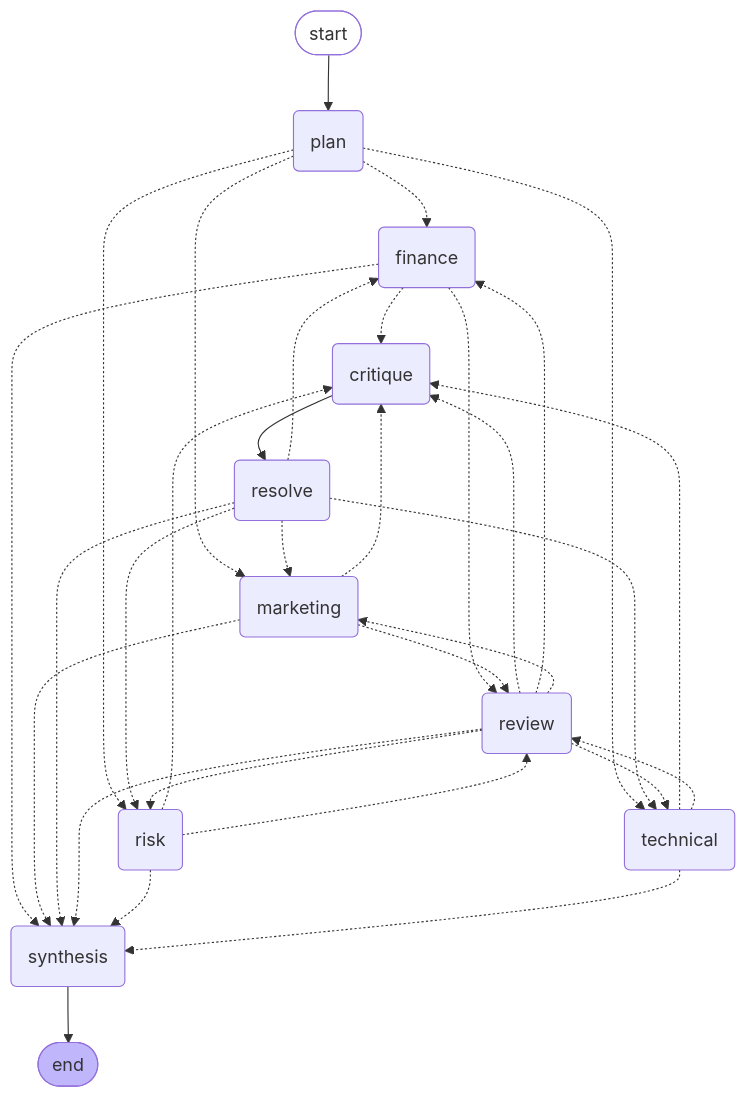
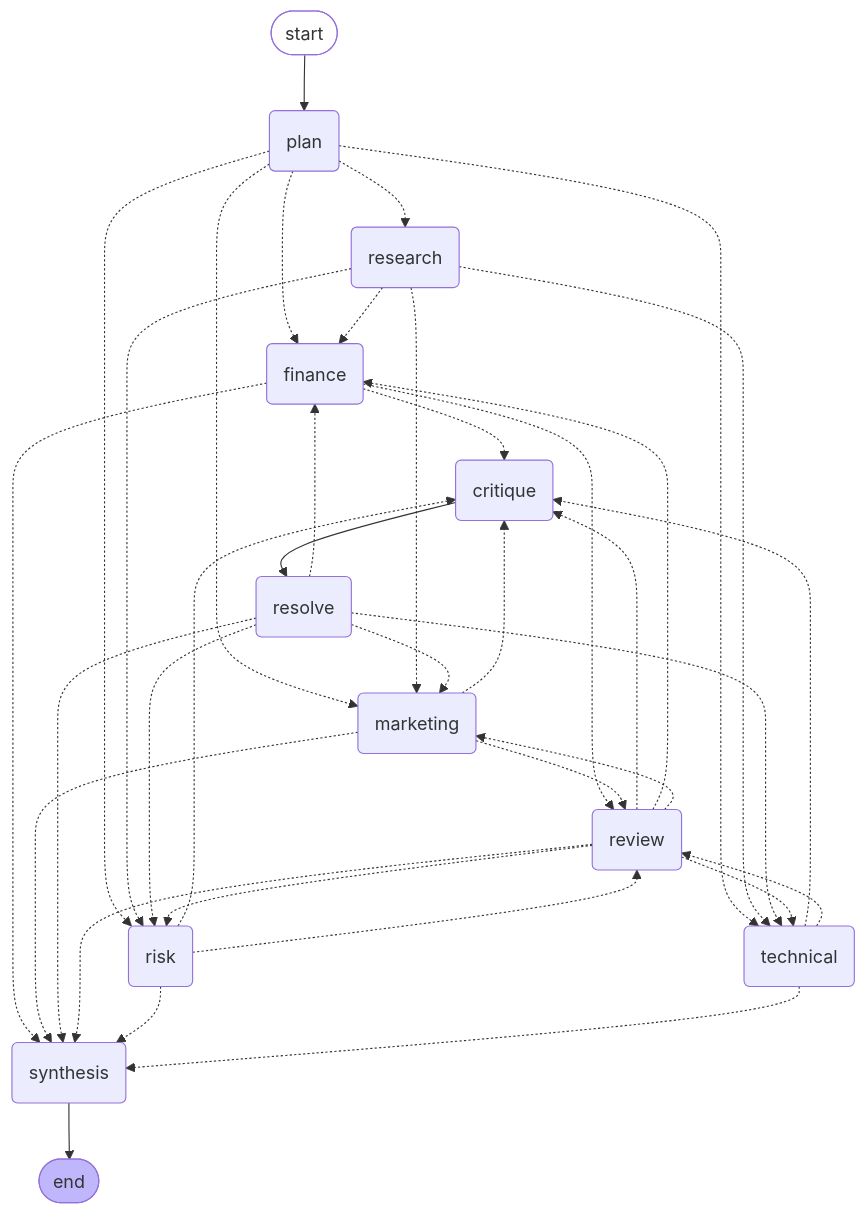
Before and after one commit to lakshmiGanesh009/ai-startup-cofounder: the diagram in docs/architecture.md, drawn with Mermaid. The commit also changed other lines of this file and 3 other files, not shown here.

````diff
--- a/docs/architecture.md
+++ b/docs/architecture.md
@@ -13,46 +13,52 @@
 ```mermaid
 graph TD;
 	__start__([start]):::first
 	plan(plan)
+	research(research)
 	review(review)
 	critique(critique)
 	resolve(resolve)
 	synthesis(synthesis)
 	marketing(marketing)
 	finance(finance)
 	technical(technical)
 	risk(risk)
 	__end__([end]):::last
 	__start__ --> plan;
 	critique --> resolve;
 	finance -.-> critique;
 	finance -.-> review;
 	finance -.-> synthesis;
 	marketing -.-> critique;
 	marketing -.-> review;
 	marketing -.-> synthesis;
 	plan -.-> finance;
 	plan -.-> marketing;
+	plan -.-> research;
 	plan -.-> risk;
 	plan -.-> technical;
+	research -.-> finance;
+	research -.-> marketing;
+	research -.-> risk;
+	research -.-> technical;
 	resolve -.-> finance;
 	resolve -.-> marketing;
 	resolve -.-> risk;
 	resolve -.-> synthesis;
 	resolve -.-> technical;
 	review -.-> critique;
 	review -.-> finance;
 	review -.-> marketing;
 	review -.-> risk;
 	review -.-> synthesis;
 	review -.-> technical;
 	risk -.-> critique;
 	risk -.-> review;
 	risk -.-> synthesis;
 	technical -.-> critique;
 	technical -.-> review;
 	technical -.-> synthesis;
 	synthesis --> __end__;
 	classDef first fill-opacity:0
 	classDef last fill:#bfb6fc
 ```
````
